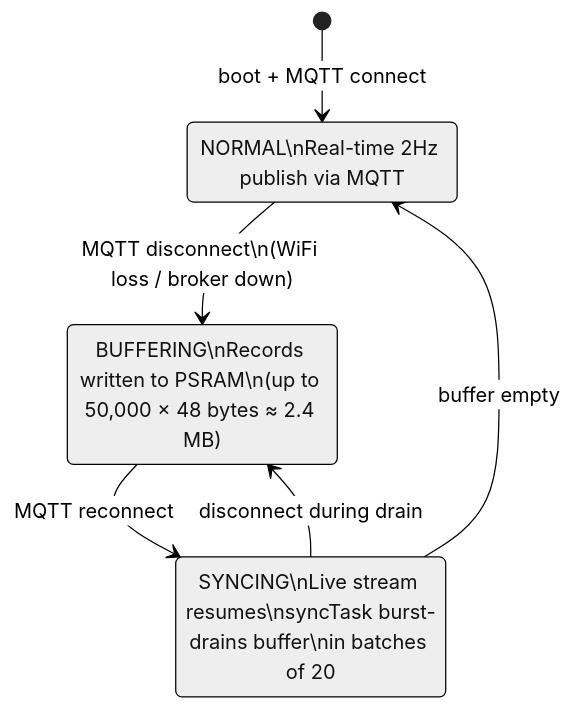
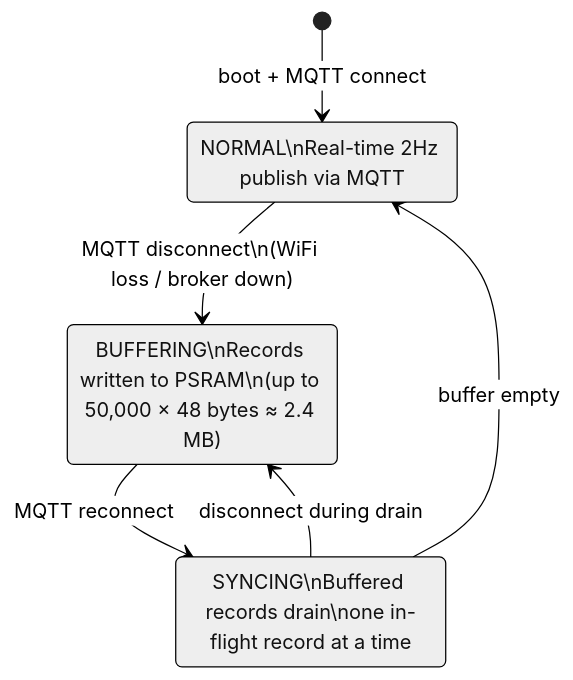
One commit to markPVale/industrial-sensor-pipeline changed the second of 3 diagrams in docs/architecture.md. Above: the diagram before and after it, drawn with Mermaid (neutral theme). The commit also changed other lines of this file and 6 other files, not shown here.

````diff
--- a/docs/architecture.md
+++ b/docs/architecture.md
@@ -49,14 +49,14 @@
 ```mermaid
 stateDiagram-v2
     [*] --> NORMAL : boot + MQTT connect
 
     NORMAL --> BUFFERING : MQTT disconnect\n(WiFi loss / broker down)
     BUFFERING --> SYNCING : MQTT reconnect
 
     NORMAL : NORMAL\nReal-time 2Hz publish via MQTT
     BUFFERING : BUFFERING\nRecords written to PSRAM\n(up to 50,000 × 48 bytes ≈ 2.4 MB)
-    SYNCING : SYNCING\nLive stream resumes\nsyncTask burst-drains buffer\nin batches of 20
+    SYNCING : SYNCING\nBuffered records drain\none in-flight record at a time
 
     SYNCING --> NORMAL : buffer empty
     SYNCING --> BUFFERING : disconnect during drain
 ```
````
